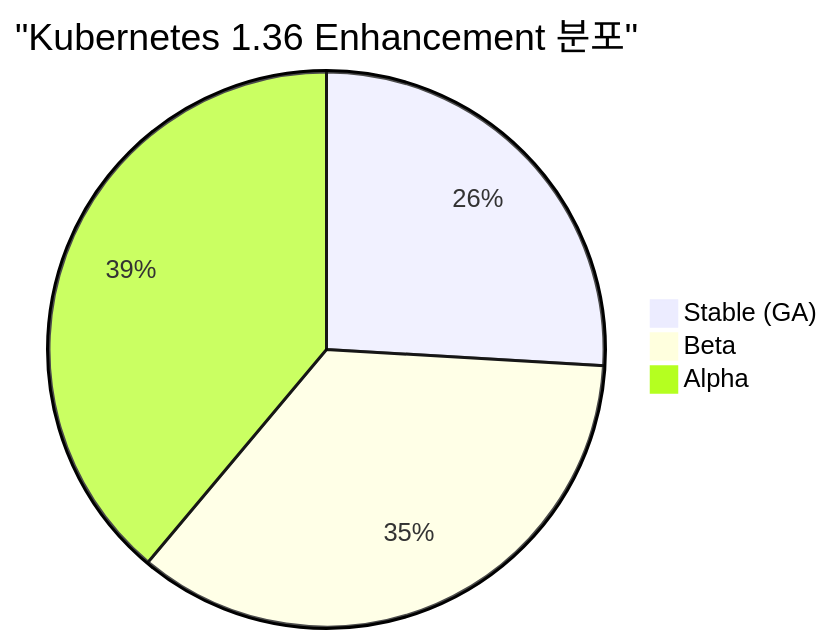
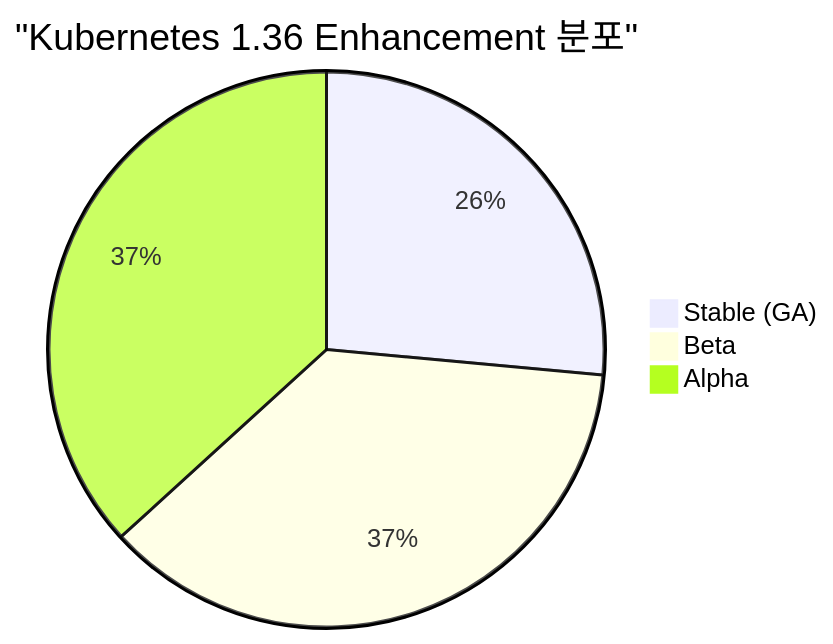
Before and after one commit to Atom-oh/kubernetes-docs: diagram 14 of 19 in ko/eks/12-kubernetes-version-roadmap.md, drawn with Mermaid. The commit also changed other lines of this file and 5 other files, not shown here.

````diff
--- a/ko/eks/12-kubernetes-version-roadmap.md
+++ b/ko/eks/12-kubernetes-version-roadmap.md
@@ -1686,6 +1686,6 @@
 ```mermaid
 pie title "Kubernetes 1.36 Enhancement 분포"
-    "Stable (GA)" : 14
-    "Beta" : 19
-    "Alpha" : 21
+    "Stable (GA)" : 18
+    "Beta" : 25
+    "Alpha" : 25
 ```
````
